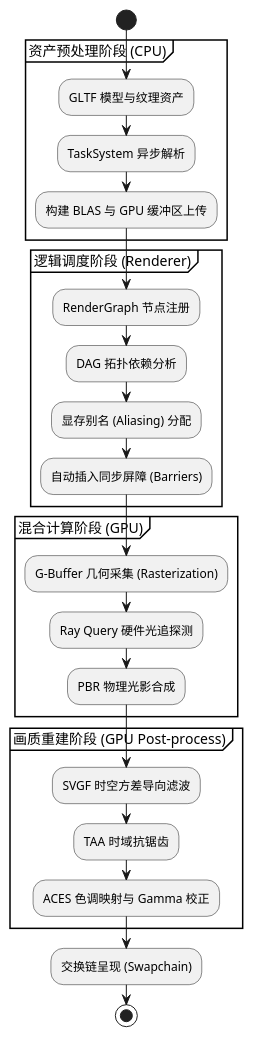
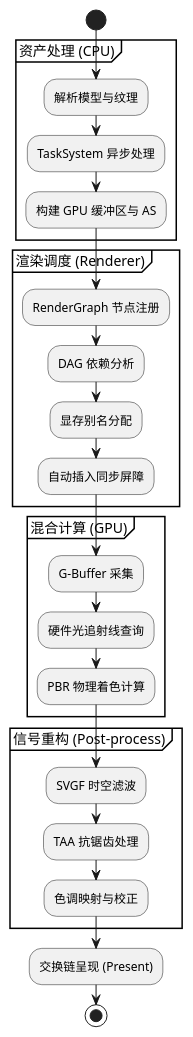
The eighth of 17 diagrams in RenderGraph_Architecture_Diagrams.md (CadenXc/HybridRenderer), drawn with PlantUML before and after one commit. The commit also changed other lines of this file and 3 other files, not shown here.

````diff
--- a/RenderGraph_Architecture_Diagrams.md
+++ b/RenderGraph_Architecture_Diagrams.md
@@ -396,37 +327,37 @@
 ```plantuml
 @startuml
 skinparam backgroundColor white
 skinparam shadowing false
 
 start
 
-partition "资产预处理阶段 (CPU)" {
-    :GLTF 模型与纹理资产;
-    :TaskSystem 异步解析;
-    :构建 BLAS 与 GPU 缓冲区上传;
+partition "资产处理 (CPU)" {
+    :解析模型与纹理;
+    :TaskSystem 异步处理;
+    :构建 GPU 缓冲区与 AS;
 }
 
-partition "逻辑调度阶段 (Renderer)" {
+partition "渲染调度 (Renderer)" {
     :RenderGraph 节点注册;
-    :DAG 拓扑依赖分析;
-    :显存别名 (Aliasing) 分配;
-    :自动插入同步屏障 (Barriers);
+    :DAG 依赖分析;
+    :显存别名分配;
+    :自动插入同步屏障;
 }
 
-partition "混合计算阶段 (GPU)" {
-    :G-Buffer 几何采集 (Rasterization);
-    :Ray Query 硬件光追探测;
-    :PBR 物理光影合成;
+partition "混合计算 (GPU)" {
+    :G-Buffer 采集;
+    :硬件光追射线查询;
+    :PBR 物理着色计算;
 }
 
-partition "画质重建阶段 (GPU Post-process)" {
-    :SVGF 时空方差导向滤波;
-    :TAA 时域抗锯齿;
-    :ACES 色调映射与 Gamma 校正;
+partition "信号重构 (Post-process)" {
+    :SVGF 时空滤波;
+    :TAA 抗锯齿处理;
+    :色调映射与校正;
 }
 
-:交换链呈现 (Swapchain);
+:交换链呈现 (Present);
 
 stop
 @enduml
 ```
````
